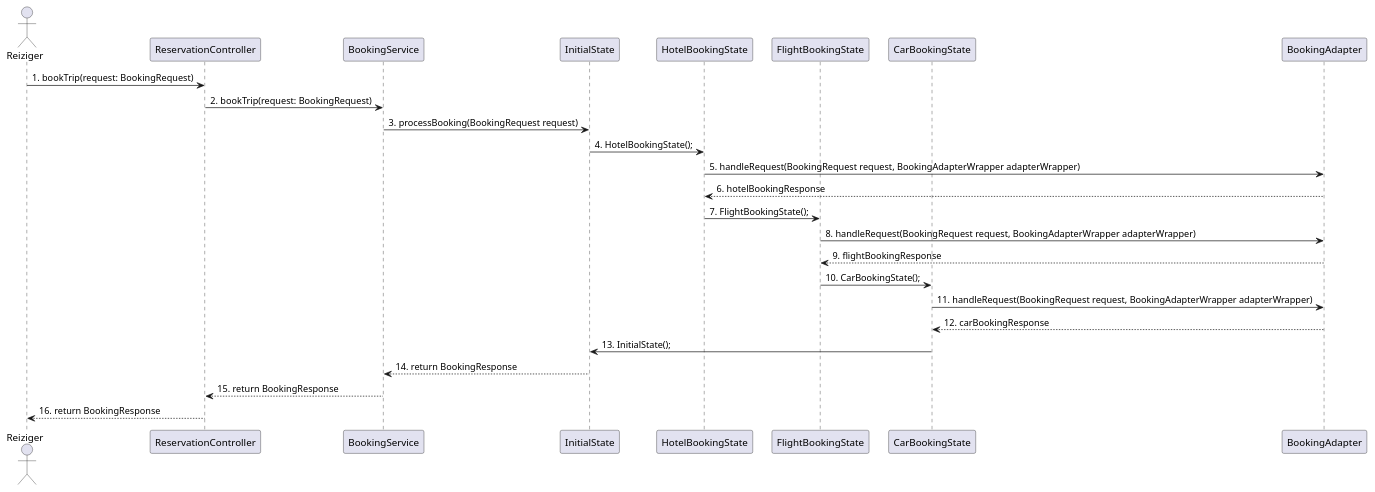
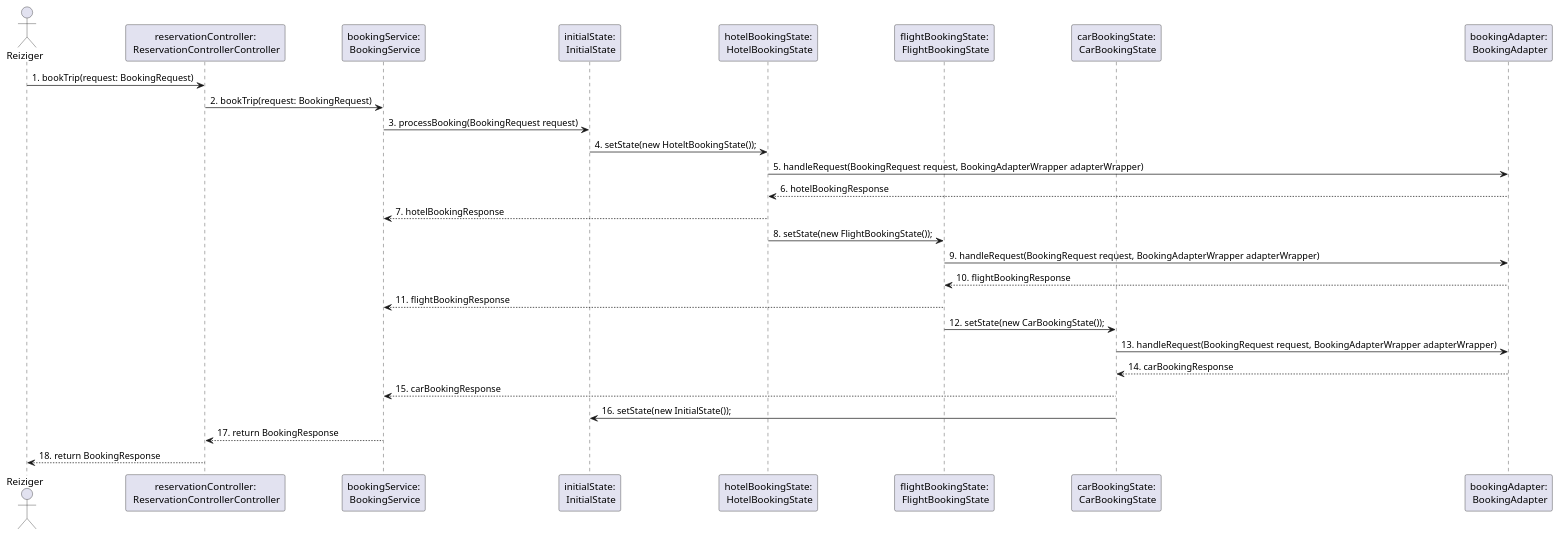
One commit to AIM-ENE-feb25/triptop-beca changed the diagram in opdracht-diagrammen/voorbereiding/final/FinalSequenceDiagram.puml. Above: the diagram before and after it, drawn with PlantUML.

Commit message:
Final Final Laatste Sequence diagramV.2

```diff
--- a/opdracht-diagrammen/voorbereiding/final/FinalSequenceDiagram.puml
+++ b/opdracht-diagrammen/voorbereiding/final/FinalSequenceDiagram.puml
@@ -1,32 +1,34 @@
 @startuml
-actor Reiziger
-participant ReservationController
-participant BookingService
-participant InitialState
-participant HotelBookingState
-participant FlightBookingState
-participant CarBookingState
-participant BookingAdapter
+actor reiziger as "Reiziger"
+participant reservationController AS "reservationController:\n ReservationControllerController"
+participant bookingService AS "bookingService:\n BookingService"
+participant initialState AS "initialState:\n InitialState"
+participant hotelBookingState AS "hotelBookingState:\n HotelBookingState"
+participant flightBookingState AS "flightBookingState:\n FlightBookingState"
+participant carBookingState AS "carBookingState:\n CarBookingState"
+participant bookingAdapter AS "bookingAdapter:\n BookingAdapter"
 
-Reiziger -> ReservationController: 1. bookTrip(request: BookingRequest)
-ReservationController -> BookingService: 2. bookTrip(request: BookingRequest)
+reiziger -> reservationController: 1. bookTrip(request: BookingRequest)
+reservationController -> bookingService: 2. bookTrip(request: BookingRequest)
 
-BookingService -> InitialState: 3. processBooking(BookingRequest request)
+bookingService -> initialState: 3. processBooking(BookingRequest request)
 
-InitialState -> HotelBookingState: 4. HotelBookingState();
-HotelBookingState -> BookingAdapter: 5. handleRequest(BookingRequest request, BookingAdapterWrapper adapterWrapper)
-BookingAdapter --> HotelBookingState: 6. hotelBookingResponse
+initialState -> hotelBookingState: 4. setState(new HoteltBookingState());
+hotelBookingState -> bookingAdapter: 5. handleRequest(BookingRequest request, BookingAdapterWrapper adapterWrapper)
+bookingAdapter --> hotelBookingState: 6. hotelBookingResponse
+hotelBookingState --> bookingService: 7. hotelBookingResponse
 
-HotelBookingState -> FlightBookingState: 7. FlightBookingState();
-FlightBookingState -> BookingAdapter: 8. handleRequest(BookingRequest request, BookingAdapterWrapper adapterWrapper)
-BookingAdapter --> FlightBookingState: 9. flightBookingResponse
+hotelBookingState -> flightBookingState: 8. setState(new FlightBookingState());
+flightBookingState -> bookingAdapter: 9. handleRequest(BookingRequest request, BookingAdapterWrapper adapterWrapper)
+bookingAdapter --> flightBookingState: 10. flightBookingResponse
+flightBookingState --> bookingService: 11. flightBookingResponse
 
-FlightBookingState -> CarBookingState: 10. CarBookingState();
-CarBookingState -> BookingAdapter: 11. handleRequest(BookingRequest request, BookingAdapterWrapper adapterWrapper)
-BookingAdapter --> CarBookingState: 12. carBookingResponse
+flightBookingState -> carBookingState: 12. setState(new CarBookingState());
+carBookingState -> bookingAdapter: 13. handleRequest(BookingRequest request, BookingAdapterWrapper adapterWrapper)
+bookingAdapter --> carBookingState: 14. carBookingResponse
+carBookingState --> bookingService: 15. carBookingResponse
 
-CarBookingState -> InitialState: 13. InitialState();
-InitialState --> BookingService: 14. return BookingResponse
-BookingService --> ReservationController: 15. return BookingResponse
-ReservationController --> Reiziger: 16. return BookingResponse
+carBookingState -> initialState: 16. setState(new InitialState());
+bookingService --> reservationController: 17. return BookingResponse
+reservationController --> reiziger: 18. return BookingResponse
 @enduml
```
